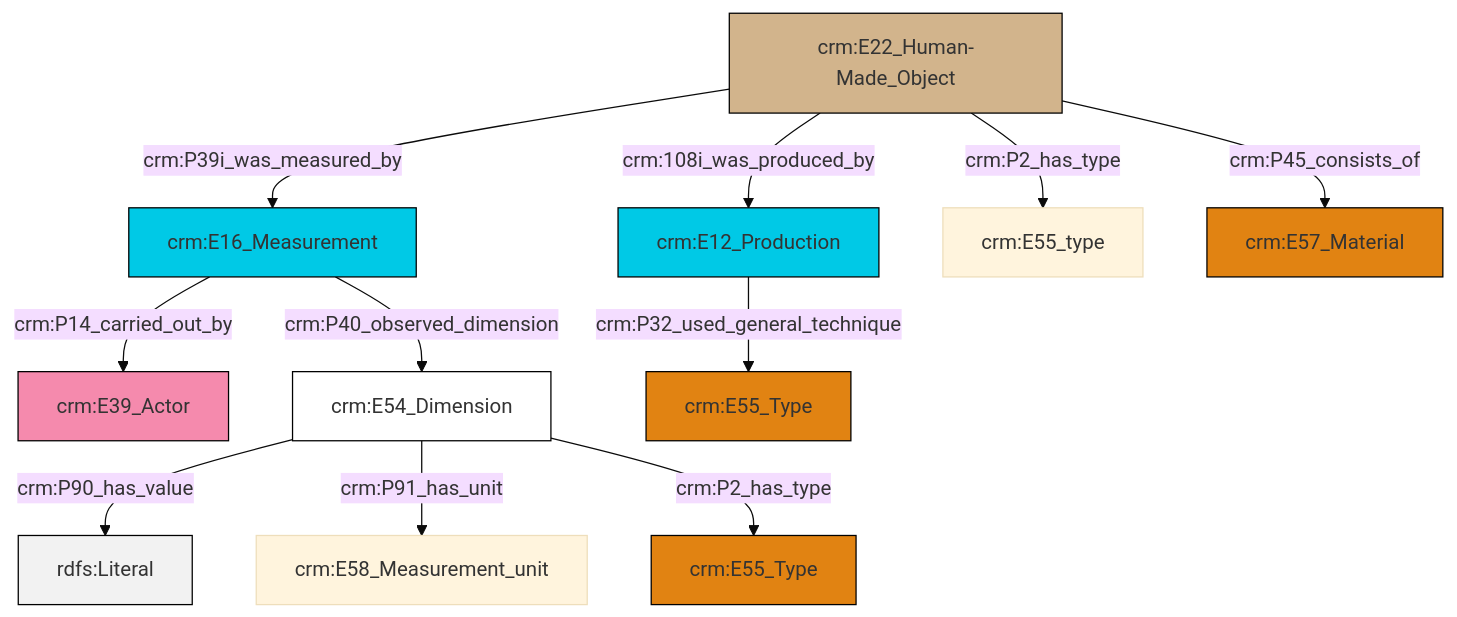
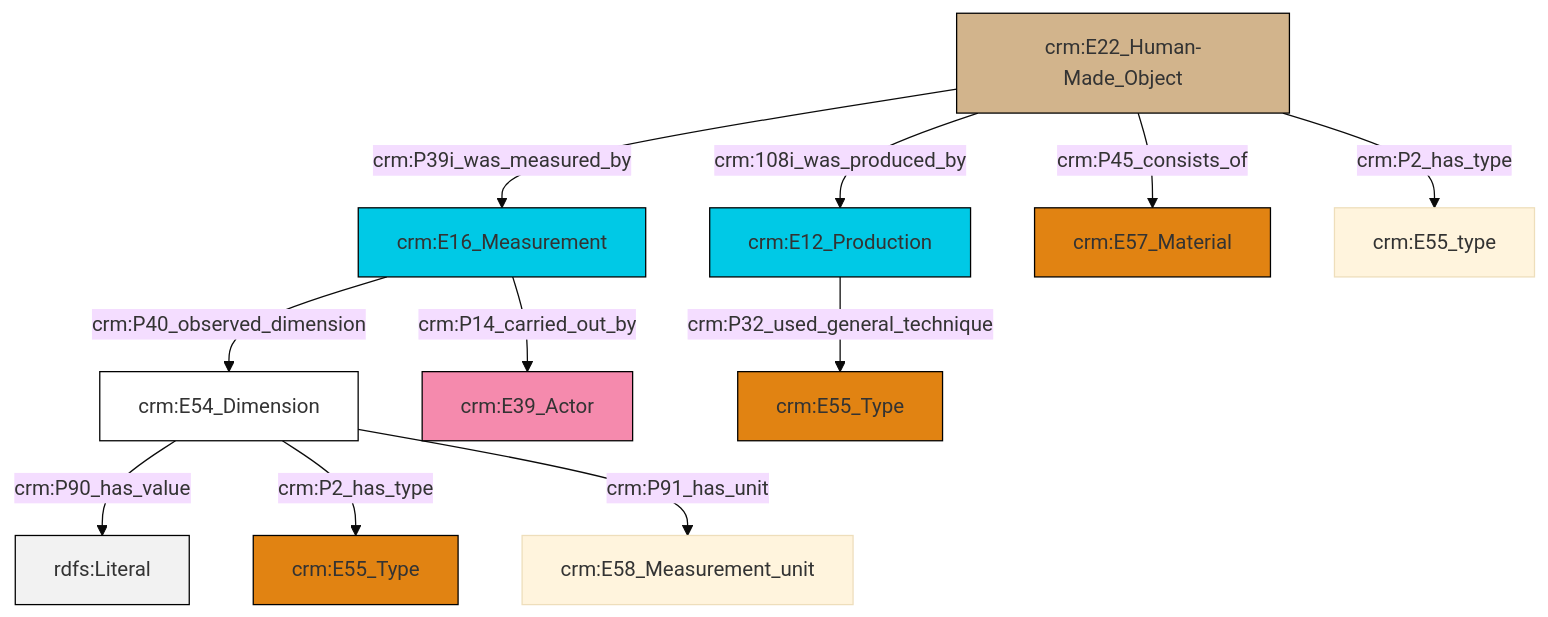
The diagram in et/builtWorkCSV/ttl/mmd/Built_Work_substance.ttl.mmd (swiss-art-research-net/docs.swissartresearch), drawn with Mermaid (base theme) before and after one commit. The commit also changed 180 other files, not shown here.

```diff
--- a/et/builtWorkCSV/ttl/mmd/Built_Work_substance.ttl.mmd
+++ b/et/builtWorkCSV/ttl/mmd/Built_Work_substance.ttl.mmd
@@ -1,25 +1,25 @@
 graph TD
 classDef Literal fill:#f2f2f2,stroke:#000000;
 classDef CRM_Entity fill:#FFFFFF,stroke:#000000;
 classDef Temporal_Entity fill:#00C9E6, stroke:#000000;
 classDef Type fill:#E18312, stroke:#000000;
 classDef Time-Span fill:#2C9C91, stroke:#000000;
 classDef Appellation fill:#FFEB7F, stroke:#000000;
 classDef Place fill:#008836, stroke:#000000;
 classDef Persistent_Item fill:#B266B2, stroke:#000000;
 classDef Conceptual_Object fill:#FFD700, stroke:#000000;
 classDef Physical_Thing fill:#D2B48C, stroke:#000000;
 classDef Actor fill:#f58aad, stroke:#000000;
 classDef PC_Classes fill:#4ce600, stroke:#000000;
 classDef Multi fill:#cccccc,stroke:#000000;
 
-10["crm:E16_Measurement"]:::Temporal_Entity -->|crm:P40_observed_dimension| 8["crm:E54_Dimension"]:::CRM_Entity
-6["crm:E22_Human-Made_Object"]:::Physical_Thing -->|crm:P2_has_type| 11["crm:E55_type"]:::Default
-10["crm:E16_Measurement"]:::Temporal_Entity -->|crm:P14_carried_out_by| 2["crm:E39_Actor"]:::Actor
-8["crm:E54_Dimension"]:::CRM_Entity -->|crm:P90_has_value| 16[rdfs:Literal]:::Literal
-6["crm:E22_Human-Made_Object"]:::Physical_Thing -->|crm:P39i_was_measured_by| 10["crm:E16_Measurement"]:::Temporal_Entity
-8["crm:E54_Dimension"]:::CRM_Entity -->|crm:P91_has_unit| 0["crm:E58_Measurement_unit"]:::Default
-6["crm:E22_Human-Made_Object"]:::Physical_Thing -->|crm:P45_consists_of| 14["crm:E57_Material"]:::Type
-6["crm:E22_Human-Made_Object"]:::Physical_Thing -->|crm:108i_was_produced_by| 4["crm:E12_Production"]:::Temporal_Entity
-8["crm:E54_Dimension"]:::CRM_Entity -->|crm:P2_has_type| 18["crm:E55_Type"]:::Type
-4["crm:E12_Production"]:::Temporal_Entity -->|crm:P32_used_general_technique| 12["crm:E55_Type"]:::Type
+2["crm:E54_Dimension"]:::CRM_Entity -->|crm:P90_has_value| 3[rdfs:Literal]:::Literal
+6["crm:E22_Human-Made_Object"]:::Physical_Thing -->|crm:108i_was_produced_by| 7["crm:E12_Production"]:::Temporal_Entity
+0["crm:E16_Measurement"]:::Temporal_Entity -->|crm:P14_carried_out_by| 8["crm:E39_Actor"]:::Actor
+0["crm:E16_Measurement"]:::Temporal_Entity -->|crm:P40_observed_dimension| 2["crm:E54_Dimension"]:::CRM_Entity
+7["crm:E12_Production"]:::Temporal_Entity -->|crm:P32_used_general_technique| 15["crm:E55_Type"]:::Type
+6["crm:E22_Human-Made_Object"]:::Physical_Thing -->|crm:P39i_was_measured_by| 0["crm:E16_Measurement"]:::Temporal_Entity
+2["crm:E54_Dimension"]:::CRM_Entity -->|crm:P2_has_type| 16["crm:E55_Type"]:::Type
+6["crm:E22_Human-Made_Object"]:::Physical_Thing -->|crm:P2_has_type| 13["crm:E55_type"]:::Default
+6["crm:E22_Human-Made_Object"]:::Physical_Thing -->|crm:P45_consists_of| 11["crm:E57_Material"]:::Type
+2["crm:E54_Dimension"]:::CRM_Entity -->|crm:P91_has_unit| 4["crm:E58_Measurement_unit"]:::Default
```
